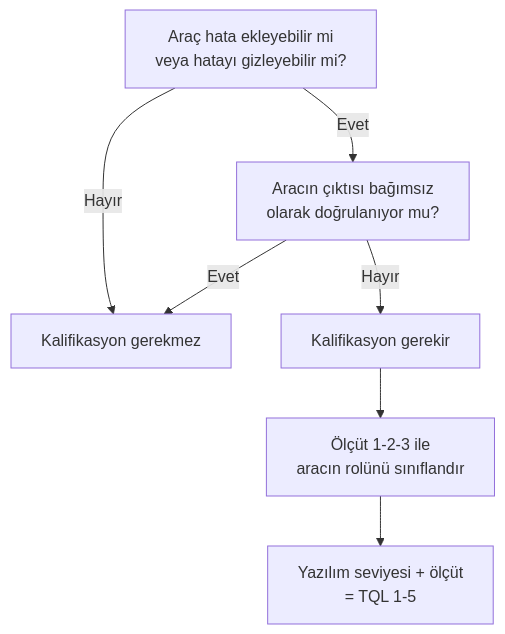
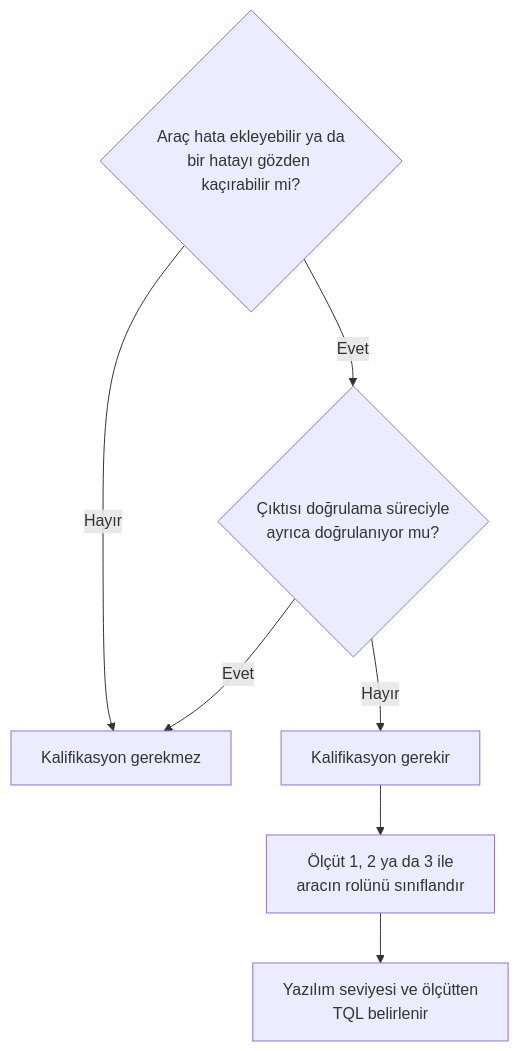
Before and after one commit to Mavrikant/aviyonikyazilim: the diagram in kitap/04-arac-kalifikasyonu-ve-ekler/13-do330-arac-kalifikasyonu.md, drawn with Mermaid. The commit also changed other lines of this file and 35 other files, not shown here.

````diff
--- a/kitap/04-arac-kalifikasyonu-ve-ekler/13-do330-arac-kalifikasyonu.md
+++ b/kitap/04-arac-kalifikasyonu-ve-ekler/13-do330-arac-kalifikasyonu.md
@@ -83,9 +122,9 @@
 ```mermaid
 flowchart TD
-    A[Araç hata ekleyebilir mi<br/>veya hatayı gizleyebilir mi?] -->|Hayır| B[Kalifikasyon gerekmez]
-    A -->|Evet| C[Aracın çıktısı bağımsız<br/>olarak doğrulanıyor mu?]
-    C -->|Evet| B
-    C -->|Hayır| D[Kalifikasyon gerekir]
-    D --> E[Ölçüt 1-2-3 ile<br/>aracın rolünü sınıflandır]
-    E --> F[Yazılım seviyesi + ölçüt<br/>= TQL 1-5]
+    A{"Araç hata ekleyebilir ya da<br/>bir hatayı gözden kaçırabilir mi?"} -- "Hayır" --> B["Kalifikasyon gerekmez"]
+    A -- "Evet" --> C{"Çıktısı doğrulama süreciyle<br/>ayrıca doğrulanıyor mu?"}
+    C -- "Evet" --> B
+    C -- "Hayır" --> D["Kalifikasyon gerekir"]
+    D --> E["Ölçüt 1, 2 ya da 3 ile<br/>aracın rolünü sınıflandır"]
+    E --> F["Yazılım seviyesi ve ölçütten<br/>TQL belirlenir"]
 ```
````
